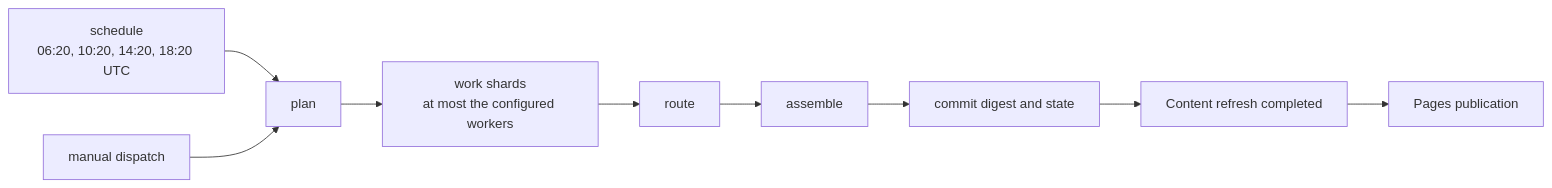
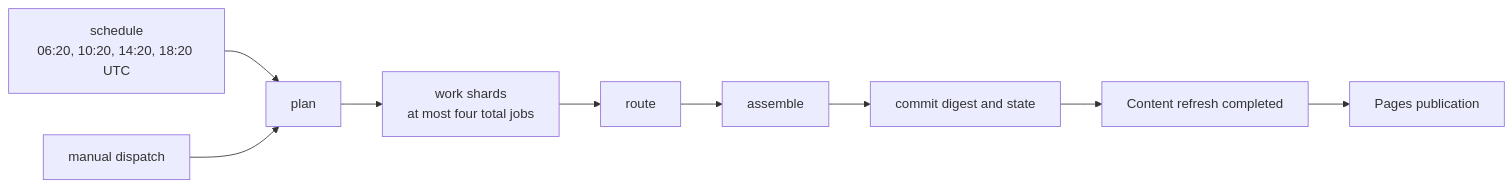
The second of 3 diagrams in docs/reference/github-actions.md (miztiik/yen-idhazh), drawn with Mermaid before and after one commit. The commit also changed other lines of this file and 4 other files, not shown here.

````diff
--- a/docs/reference/github-actions.md
+++ b/docs/reference/github-actions.md
@@ -40,11 +44,11 @@
 ```mermaid
 flowchart LR
     SCHEDULE["schedule<br/>06:20, 10:20, 14:20, 18:20 UTC"] --> PLAN["plan"]
     MANUAL["manual dispatch"] --> PLAN
-    PLAN --> WORK["work shards<br/>at most the configured workers"]
+    PLAN --> WORK["work shards<br/>at most four total jobs"]
     WORK --> ROUTE["route"]
     ROUTE --> ASSEMBLE["assemble"]
     ASSEMBLE --> COMMIT["commit digest and state"]
     COMMIT --> COMPLETE["Content refresh completed"]
     COMPLETE --> PAGES["Pages publication"]
 ```
````
